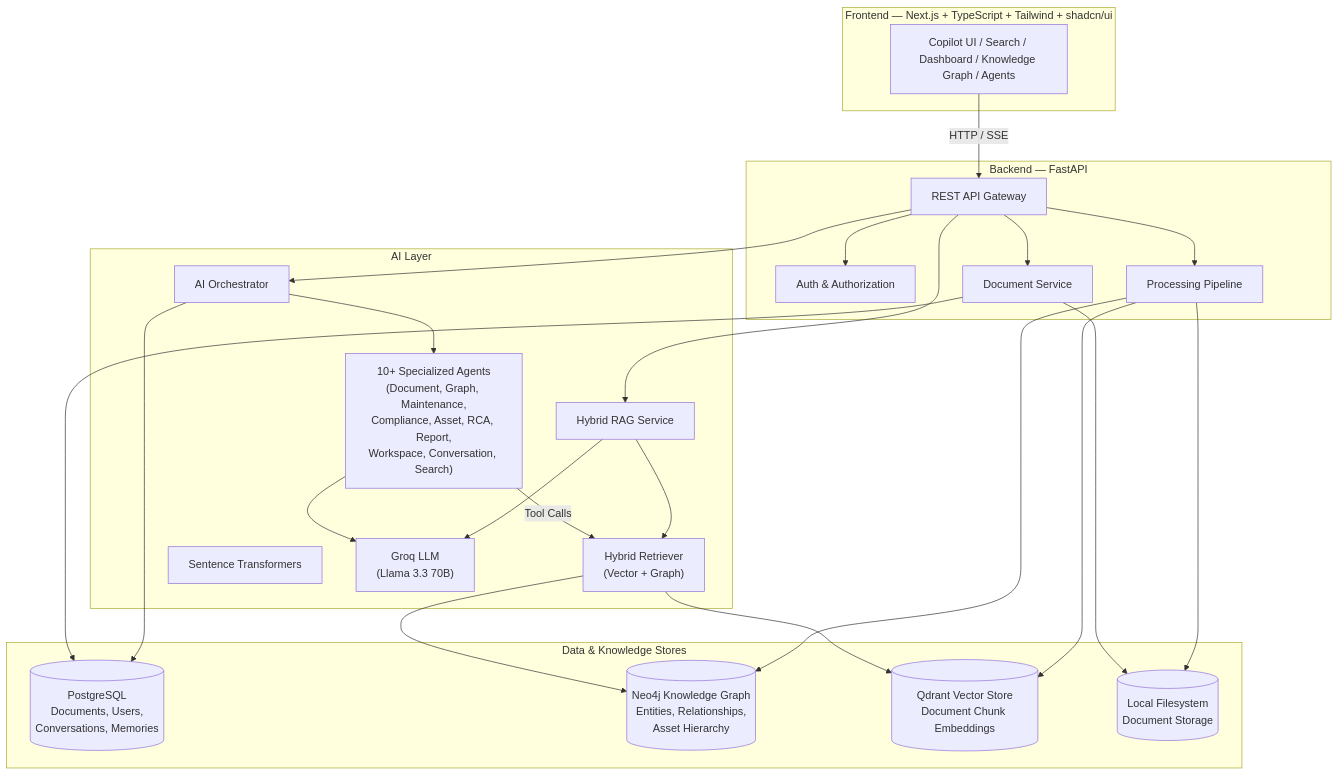
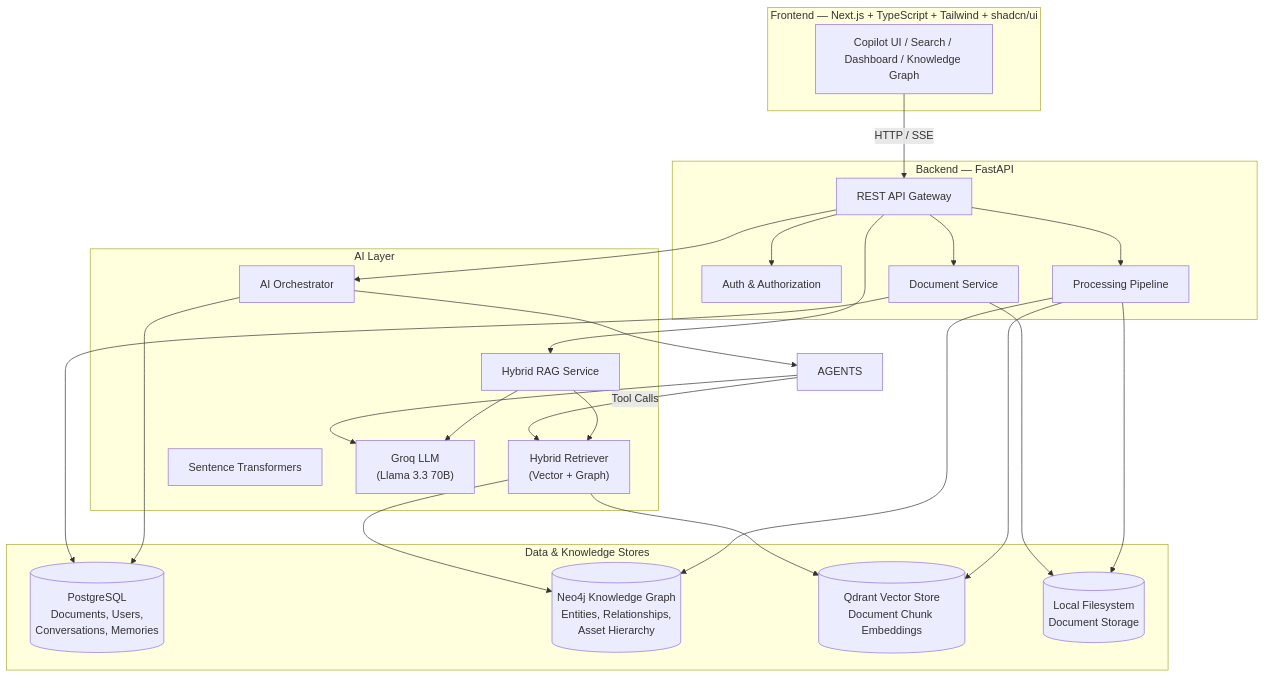
One commit to pratapVansh/TRACE changed the first of 3 diagrams in README.md. Above: the diagram before and after it, drawn with Mermaid. The commit also changed other lines of this file and 249 other files, not shown here.

````diff
--- a/README.md
+++ b/README.md
@@ -45,49 +44,48 @@
 ```mermaid
 flowchart TB
     subgraph Client["Frontend — Next.js + TypeScript + Tailwind + shadcn/ui"]
-        UI["Copilot UI / Search / Dashboard / Knowledge Graph / Agents"]
+        UI["Copilot UI / Search / Dashboard / Knowledge Graph"]
     end
 
     subgraph API["Backend — FastAPI"]
         GW["REST API Gateway"]
         AUTH["Auth & Authorization"]
         DOC["Document Service"]
         PROC["Processing Pipeline"]
     end
 
     subgraph AI["AI Layer"]
         ORCH["AI Orchestrator"]
-        AGENTS["10+ Specialized Agents<br/>(Document, Graph, Maintenance,<br/>Compliance, Asset, RCA, Report,<br/>Workspace, Conversation, Search)"]
         RAG["Hybrid RAG Service"]
         RET["Hybrid Retriever<br/>(Vector + Graph)"]
         EMB["Sentence Transformers"]
         LLM["Groq LLM<br/>(Llama 3.3 70B)"]
     end
 
     subgraph Data["Data & Knowledge Stores"]
         PG[("PostgreSQL<br/>Documents, Users,<br/>Conversations, Memories")]
         NEO[("Neo4j Knowledge Graph<br/>Entities, Relationships,<br/>Asset Hierarchy")]
         VEC[("Qdrant Vector Store<br/>Document Chunk Embeddings")]
         FS[("Local Filesystem<br/>Document Storage")]
     end
 
     UI -->|HTTP / SSE| GW
     GW --> AUTH
     GW --> DOC
     GW --> PROC
     GW --> ORCH
     GW --> RAG
     ORCH --> AGENTS
     AGENTS -->|Tool Calls| RET
     AGENTS --> LLM
     RET --> VEC
     RET --> NEO
     RAG --> RET
     RAG --> LLM
     DOC --> PG
     DOC --> FS
     PROC --> FS
     PROC --> VEC
     PROC --> NEO
     ORCH --> PG
 ```
````
